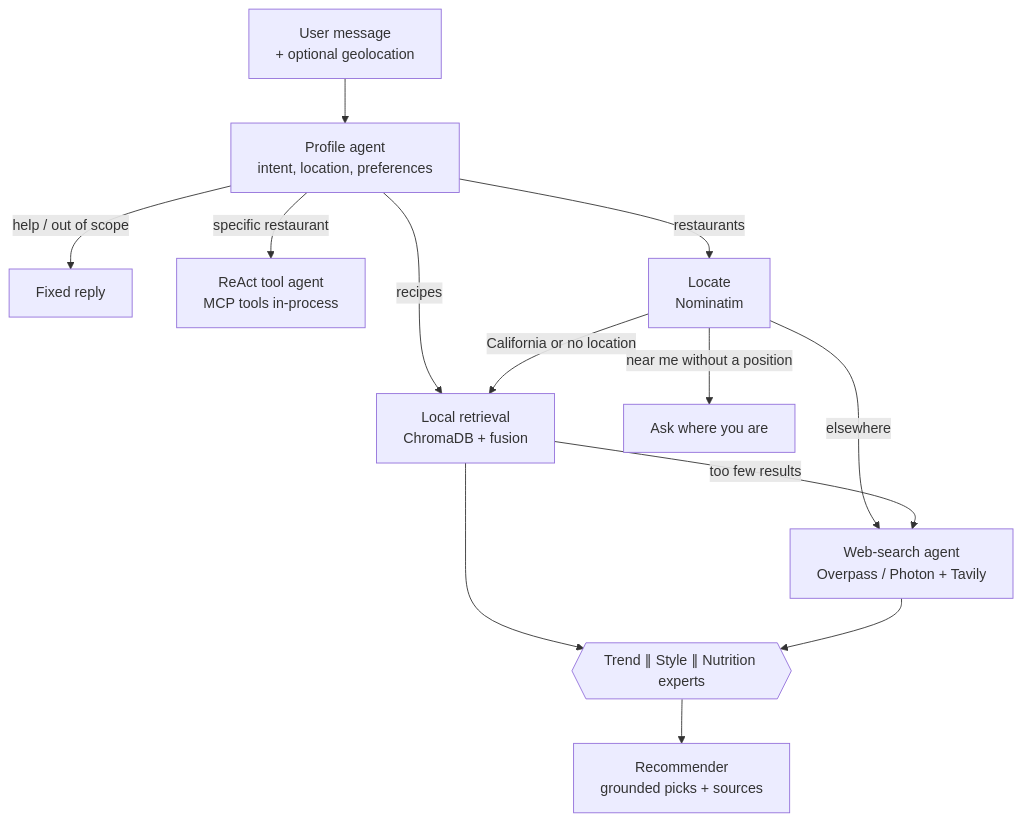
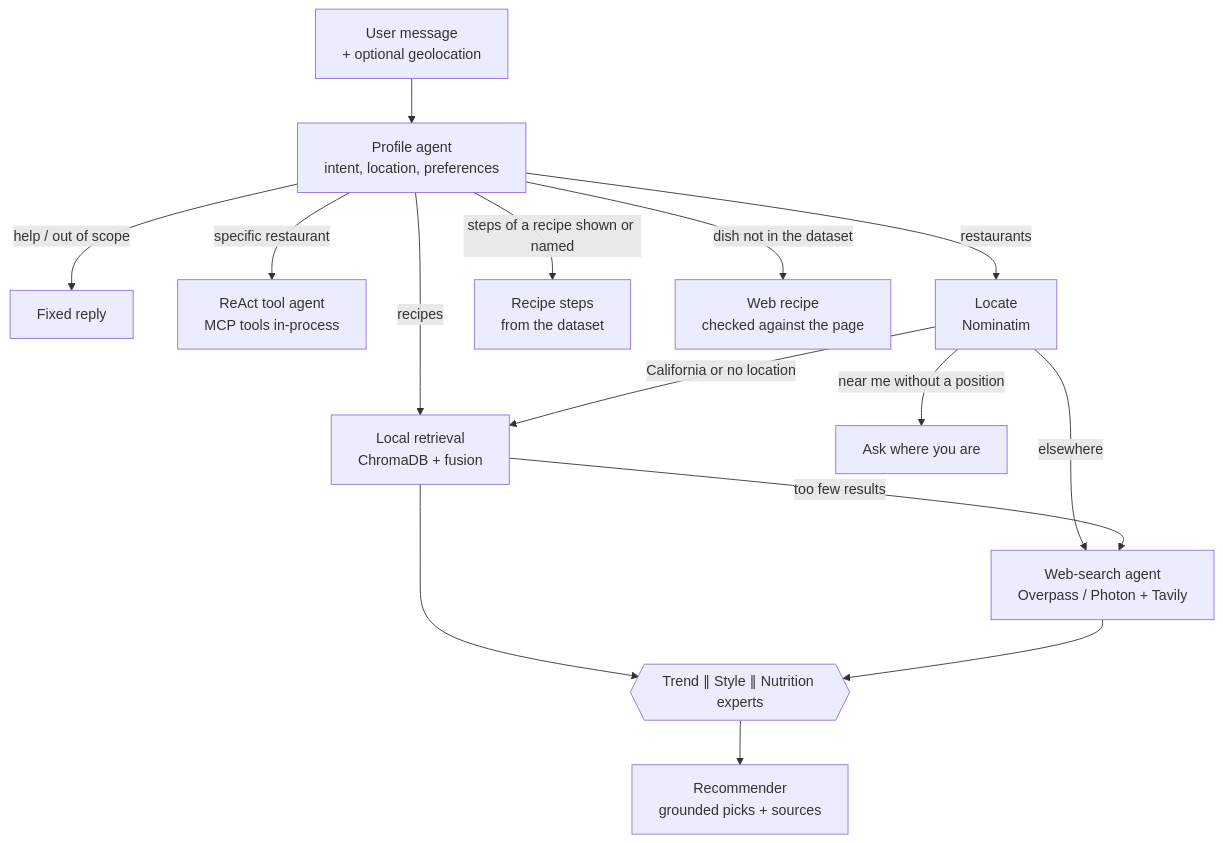
The diagram in README.md (SebastianEcheverryL/connoisseur-companion), drawn with Mermaid before and after one commit. The commit also changed other lines of this file and 2 other files, not shown here.

````diff
--- a/README.md
+++ b/README.md
@@ -26,15 +28,17 @@
 ```mermaid
 flowchart TD
     U[User message<br/>+ optional geolocation] --> P[Profile agent<br/>intent, location, preferences]
     P -->|help / out of scope| R[Fixed reply]
     P -->|specific restaurant| T[ReAct tool agent<br/>MCP tools in-process]
     P -->|recipes| L
     P -->|restaurants| G[Locate<br/>Nominatim]
     G -->|near me without a position| A[Ask where you are]
     G -->|California or no location| L[Local retrieval<br/>ChromaDB + fusion]
     G -->|elsewhere| W[Web-search agent<br/>Overpass / Photon + Tavily]
     L -->|too few results| W
+    P -->|steps of a recipe shown or named| S[Recipe steps<br/>from the dataset]
+    P -->|dish not in the dataset| WR[Web recipe<br/>checked against the page]
     L --> E{{Trend ∥ Style ∥ Nutrition experts}}
     W --> E
     E --> C[Recommender<br/>grounded picks + sources]
 ```
````
